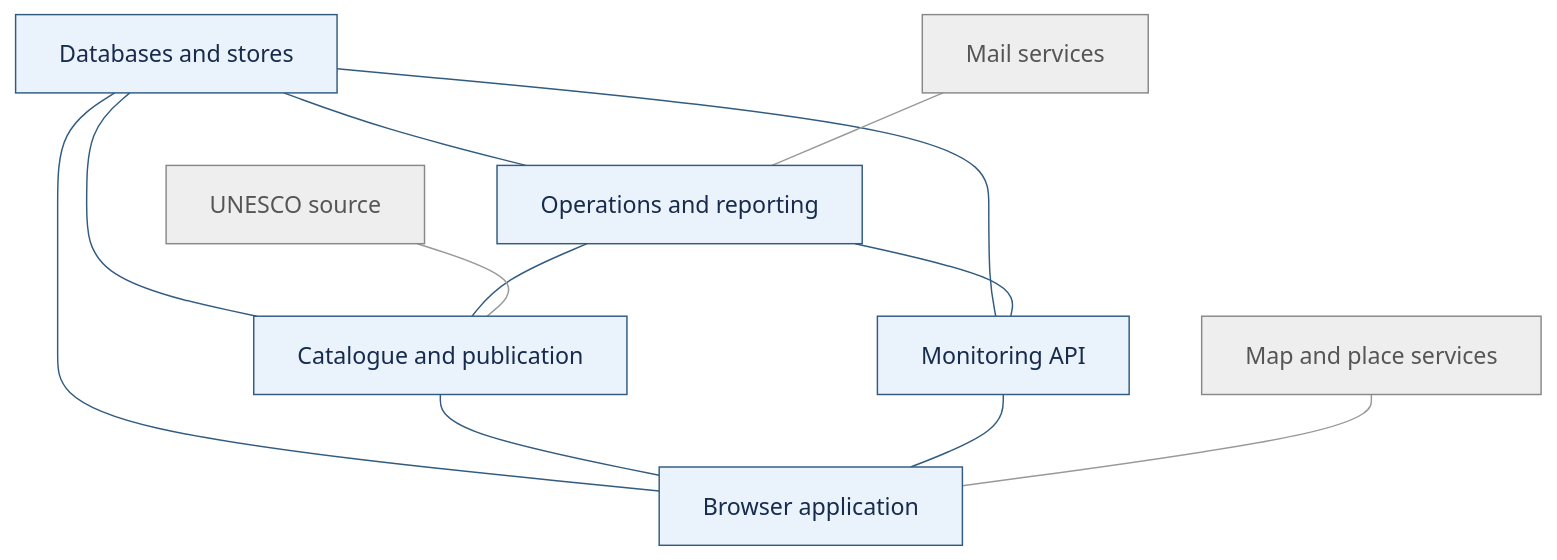
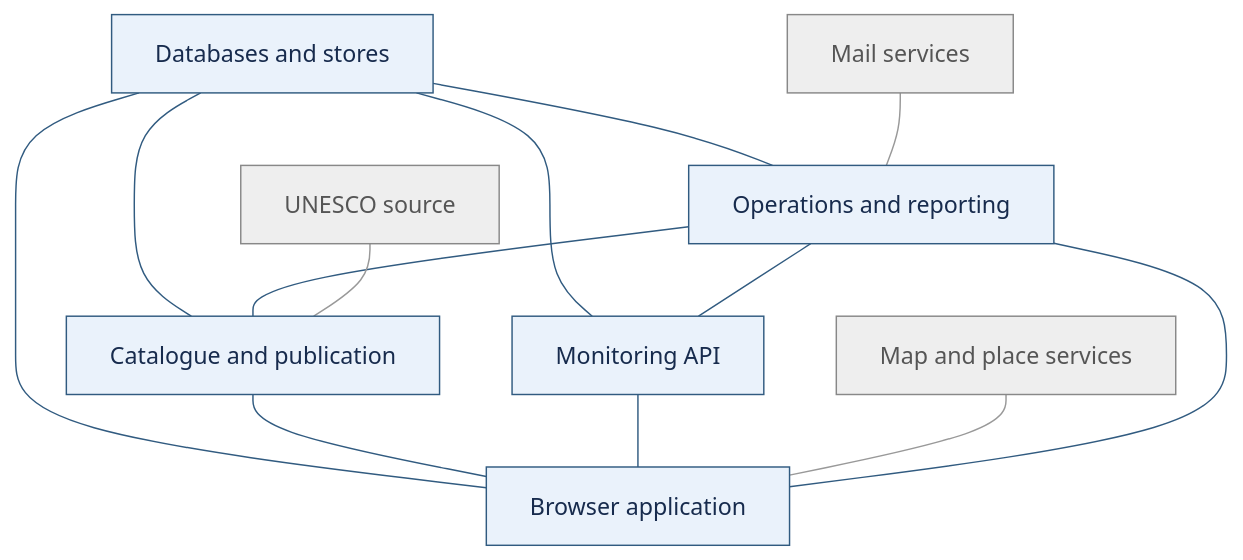
Before and after one commit to pekka-28/unesco: the second of 8 diagrams in ARCHITECTURE.md, drawn with Mermaid (base theme). The commit also changed other lines of this file and 16 other files, not shown here.

````diff
--- a/ARCHITECTURE.md
+++ b/ARCHITECTURE.md
@@ -39,30 +39,31 @@
 ```mermaid
 flowchart TB
     Source["UNESCO source"]
     Stores["Databases and stores"]
     Maps["Map and place services"]
     Mail["Mail services"]
     Operations["Operations and reporting"]
     Catalogue["Catalogue and publication"]
     Monitoring["Monitoring API"]
     Browser["Browser application"]
 
     Stores --- Operations
     Stores --- Catalogue
     Stores --- Monitoring
     Stores --- Browser
     Operations --- Catalogue
     Operations --- Monitoring
     Catalogue --- Browser
     Monitoring --- Browser
     Source --- Catalogue
     Maps --- Browser
     Mail --- Operations
+    Operations --- Browser
     classDef owned fill:#eaf2fb,stroke:#315b80,color:#172b4d
     classDef sibling fill:#ffffff,stroke:#315b80,color:#172b4d,stroke-dasharray:5 5
     classDef external fill:#eeeeee,stroke:#888888,color:#555555
     linkStyle default stroke:#315b80
     class Stores,Operations,Catalogue,Monitoring,Browser owned
     class Source,Maps,Mail external
     linkStyle 8,9,10 stroke:#999999
 ```
````
